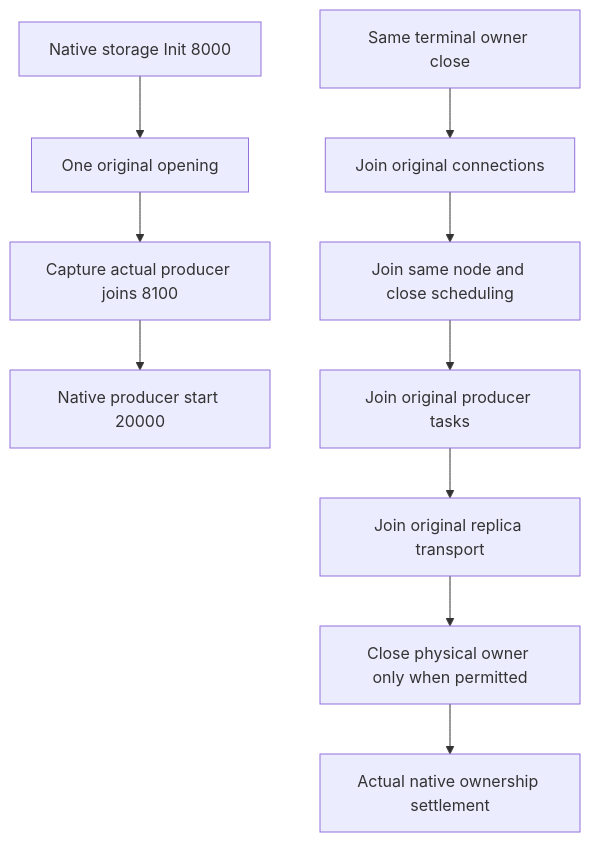
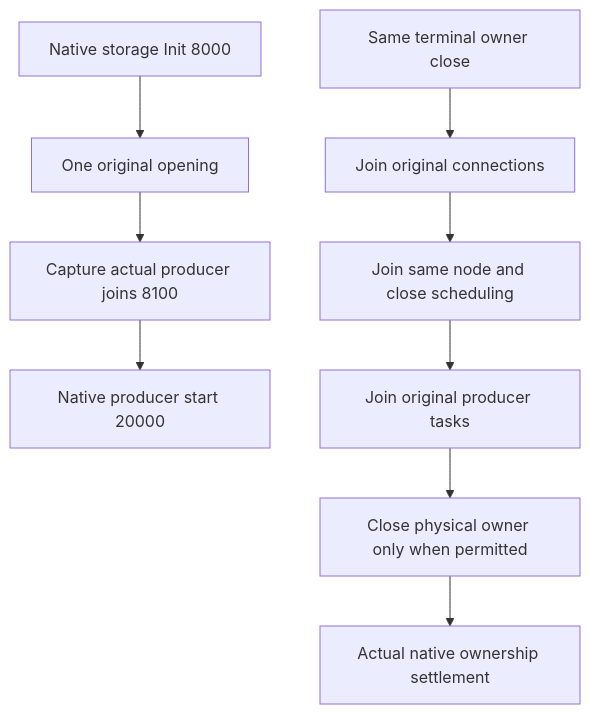
One commit to managedcode/KeyLoad changed the diagram in docs/Features/StorageRecovery/GrainServiceOwnership.md. Above: the diagram before and after it, drawn with Mermaid. The commit also changed other lines of this file and 7356 other files, not shown here.

````diff
--- a/docs/Features/StorageRecovery/GrainServiceOwnership.md
+++ b/docs/Features/StorageRecovery/GrainServiceOwnership.md
@@ -19,12 +19,11 @@
 ```mermaid
 flowchart TD
     Init[Native storage Init 8000] --> Open[One original opening]
     Open --> Capture[Capture actual producer joins 8100]
     Capture --> Active[Native producer start 20000]
     Dispose[Same terminal owner close] --> Connections[Join original connections]
     Connections --> Node[Join same node and close scheduling]
     Node --> Producers[Join original producer tasks]
-    Producers --> Transport[Join original replica transport]
-    Transport --> Physical[Close physical owner only when permitted]
+    Producers --> Physical[Close physical owner only when permitted]
     Physical --> Release[Actual native ownership settlement]
 ```
````
